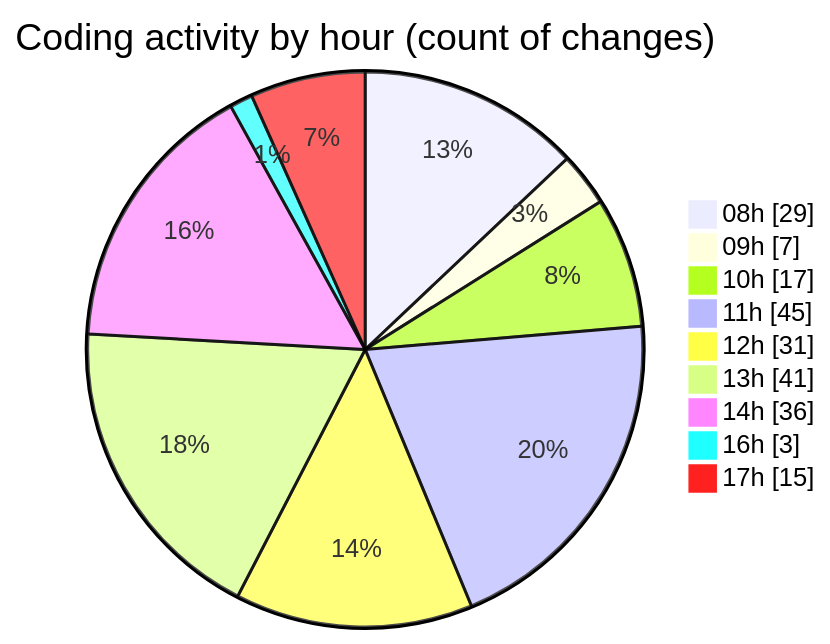
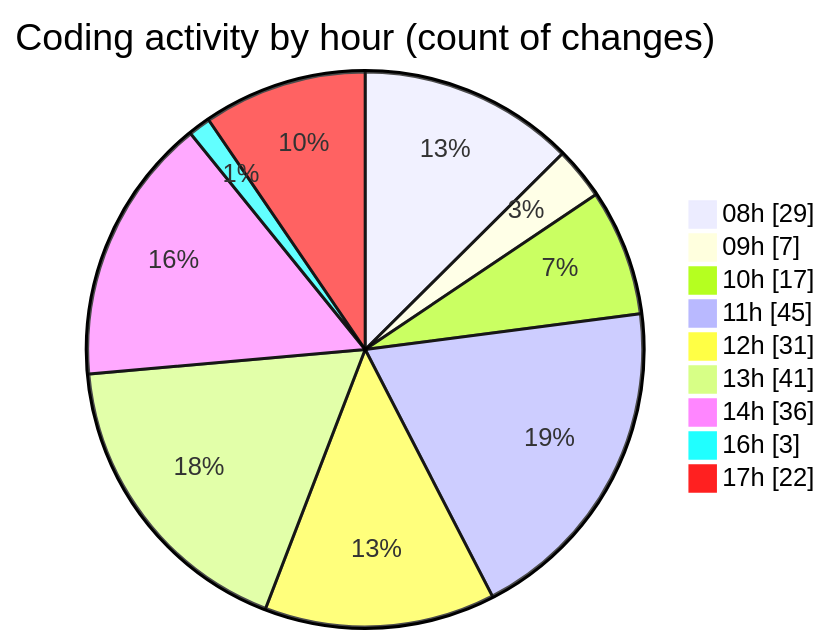
One commit to momahboobian/code-tracking changed the second of 2 diagrams in 2025-04-09/cda/README.md. Above: the diagram before and after it, drawn with Mermaid. The commit also changed other lines of this file and 1 other file, not shown here.

````diff
--- a/2025-04-09/cda/README.md
+++ b/2025-04-09/cda/README.md
@@ -59,13 +59,13 @@
 ```mermaid
 pie showData
 title Coding activity by hour (count of changes)
 "08h" : 29
 "09h" : 7
 "10h" : 17
 "11h" : 45
 "12h" : 31
 "13h" : 41
 "14h" : 36
 "16h" : 3
-"17h" : 15
+"17h" : 22
 ```
````
